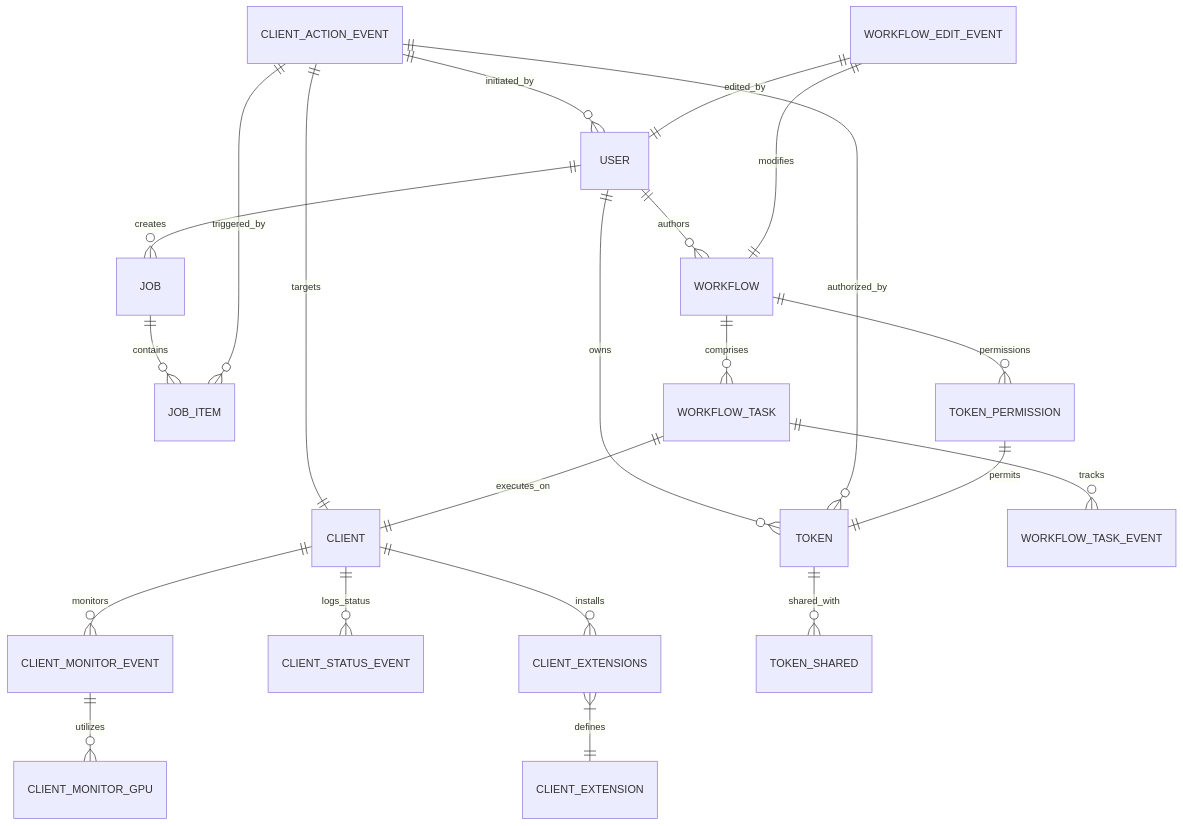
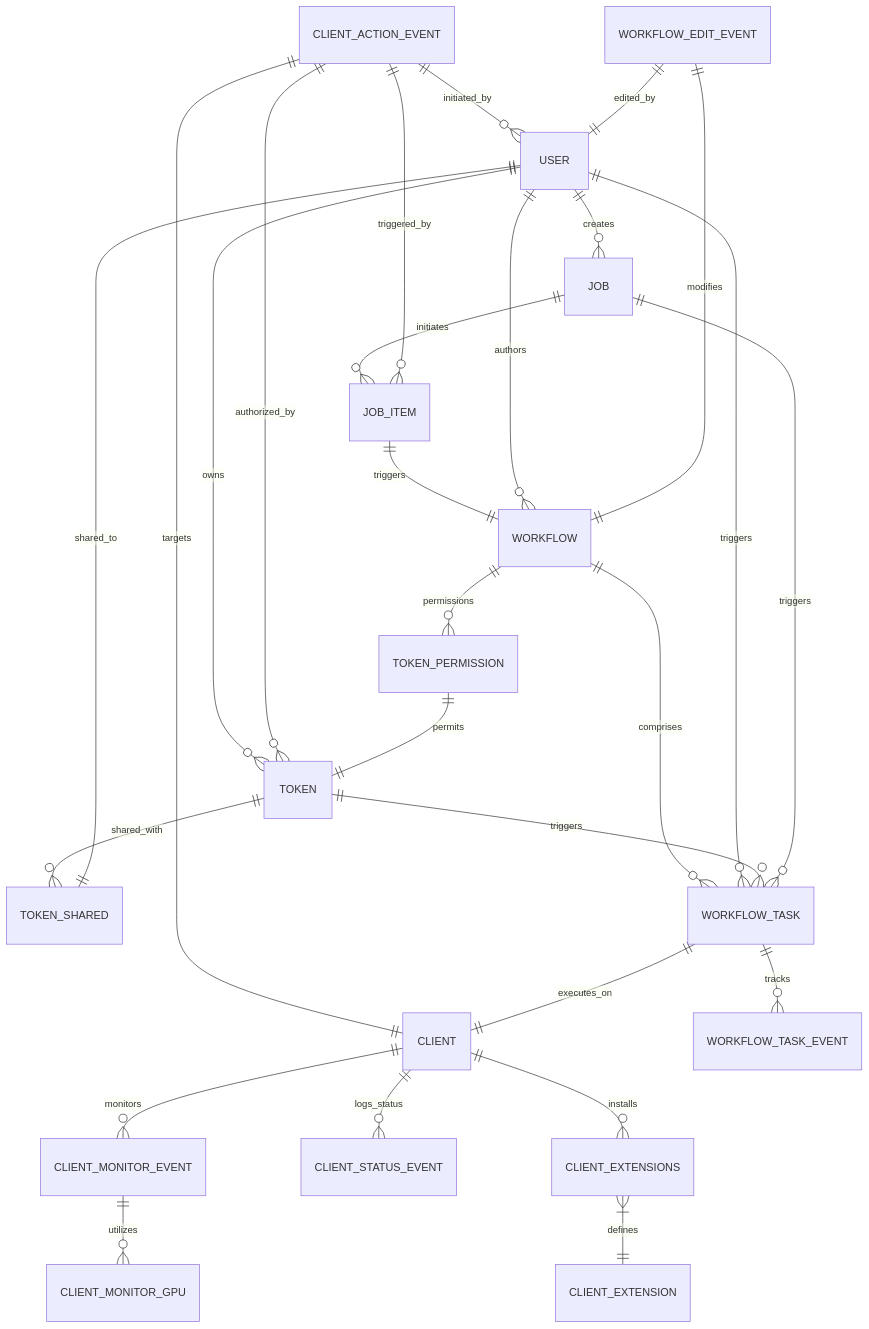
Before and after one commit to tctien342/comfy-station: the diagram in README.md, drawn with Mermaid.

Commit message:
fix(readme): correct database flow diagram

````diff
--- a/README.md
+++ b/README.md
@@ -42,25 +42,31 @@
 ```mermaid
 erDiagram
 
     CLIENT ||--o{ CLIENT_MONITOR_EVENT : "monitors"
     CLIENT_MONITOR_EVENT ||--o{ CLIENT_MONITOR_GPU : "utilizes"
     CLIENT ||--o{ CLIENT_STATUS_EVENT : "logs_status"
     CLIENT ||--o{ CLIENT_EXTENSIONS : "installs"
     CLIENT_EXTENSIONS }|--|| CLIENT_EXTENSION : "defines"
     USER ||--o{ TOKEN : "owns"
     TOKEN ||--o{ TOKEN_SHARED : "shared_with"
+    TOKEN_SHARED ||--|| USER : "shared_to"
     USER ||--o{ JOB : "creates"
-    JOB ||--o{ JOB_ITEM : "contains"
+    JOB ||--o{ JOB_ITEM : "initiates"
+    JOB_ITEM ||--|| WORKFLOW : "triggers"
     CLIENT_ACTION_EVENT ||--|| CLIENT : "targets"
     CLIENT_ACTION_EVENT ||--o{ USER : "initiated_by"
     CLIENT_ACTION_EVENT ||--o{ TOKEN : "authorized_by"
     CLIENT_ACTION_EVENT ||--o{ JOB_ITEM : "triggered_by"
     USER ||--o{ WORKFLOW : "authors"
     WORKFLOW ||--o{ WORKFLOW_TASK : "comprises"
     WORKFLOW_TASK ||--|| CLIENT : "executes_on"
     WORKFLOW_TASK ||--o{ WORKFLOW_TASK_EVENT : "tracks"
     WORKFLOW ||--o{ TOKEN_PERMISSION : "permissions"
     TOKEN_PERMISSION ||--|| TOKEN : "permits"
     WORKFLOW_EDIT_EVENT ||--|| WORKFLOW : "modifies"
     WORKFLOW_EDIT_EVENT ||--|| USER : "edited_by"
+    USER ||--o{ WORKFLOW_TASK : "triggers"
+    TOKEN ||--o{ WORKFLOW_TASK : "triggers"
+    JOB ||--o{ WORKFLOW_TASK : "triggers"
+    
 ```
````
